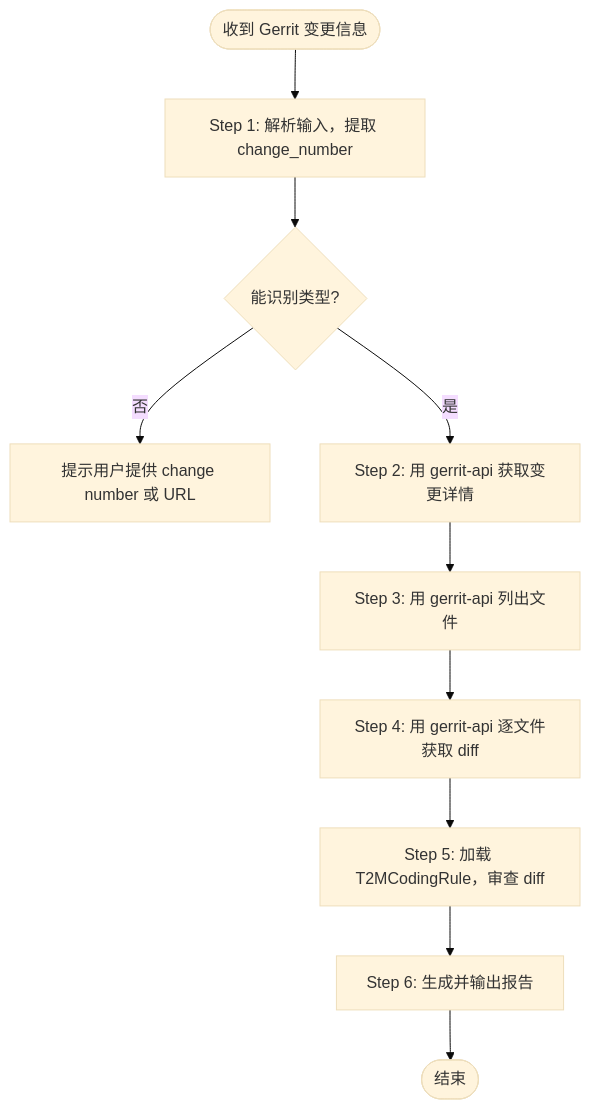
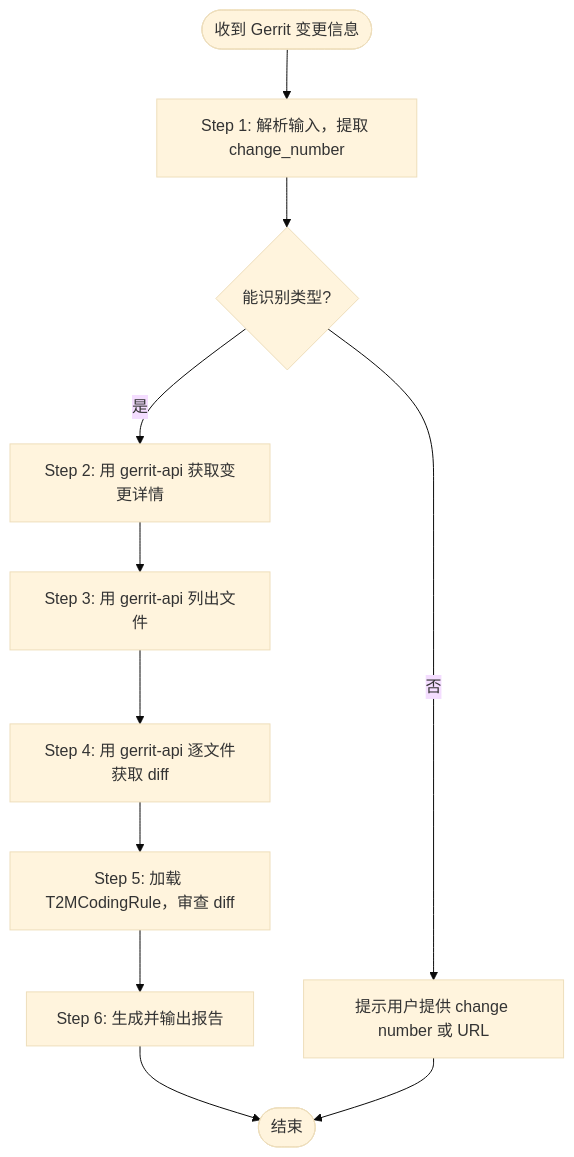
Before and after one commit to vancebs/skills: the diagram in code-review/SKILL.md, drawn with Mermaid (base theme).

Commit message:
fix workflow

````diff
--- a/code-review/SKILL.md
+++ b/code-review/SKILL.md
@@ -107,12 +107,13 @@
 ```mermaid
 flowchart TD
     A([收到 Gerrit 变更信息]) --> B[Step 1: 解析输入，提取 change_number]
     B --> C{能识别类型?}
     C -- 否 --> D[提示用户提供 change number 或 URL]
     C -- 是 --> E[Step 2: 用 gerrit-api 获取变更详情]
     E --> F[Step 3: 用 gerrit-api 列出文件]
     F --> G[Step 4: 用 gerrit-api 逐文件获取 diff]
     G --> H[Step 5: 加载 T2MCodingRule，审查 diff]
     H --> I[Step 6: 生成并输出报告]
     I --> M([结束])
+    D --> M
 ```
````
